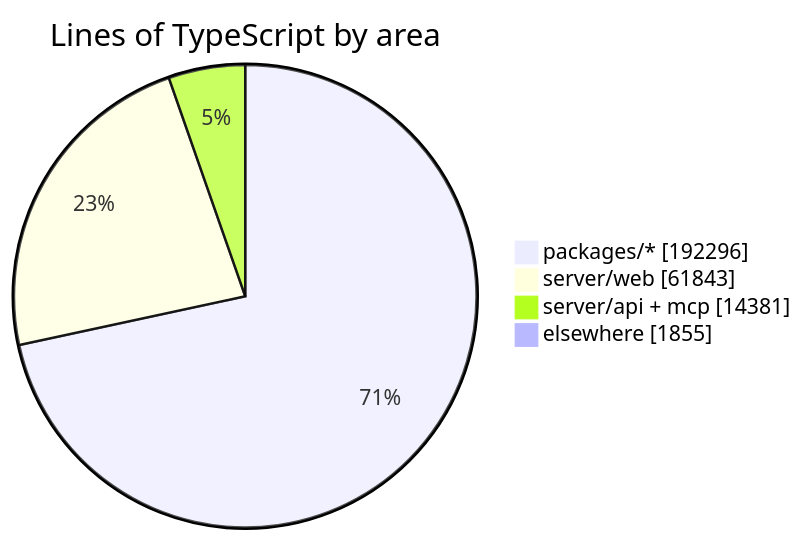
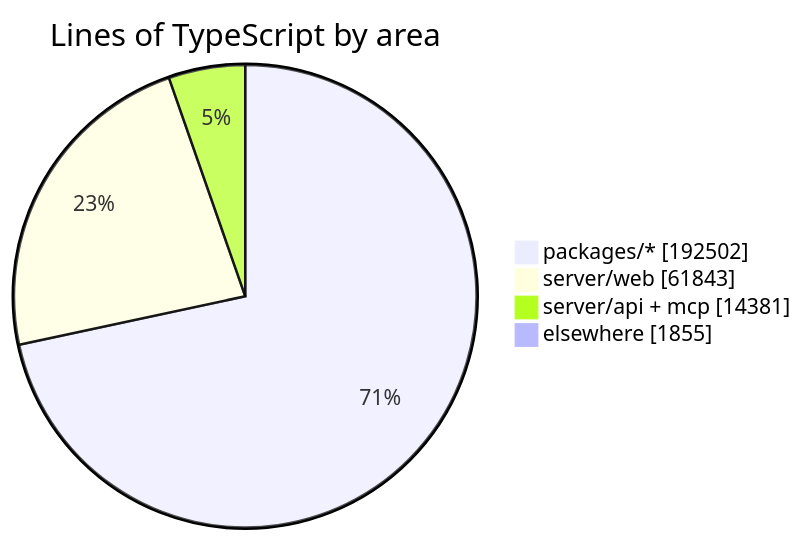
Before and after one commit to crossworks-engineering/mantle: the diagram in README.md, drawn with Mermaid. The commit also changed other lines of this file and 2 other files, not shown here.

````diff
--- a/README.md
+++ b/README.md
@@ -279,7 +279,7 @@
 ```mermaid
 pie showData title Lines of TypeScript by area
-    "packages/*" : 192296
+    "packages/*" : 192502
     "server/web" : 61843
     "server/api + mcp" : 14381
     "elsewhere" : 1855
 ```
````
